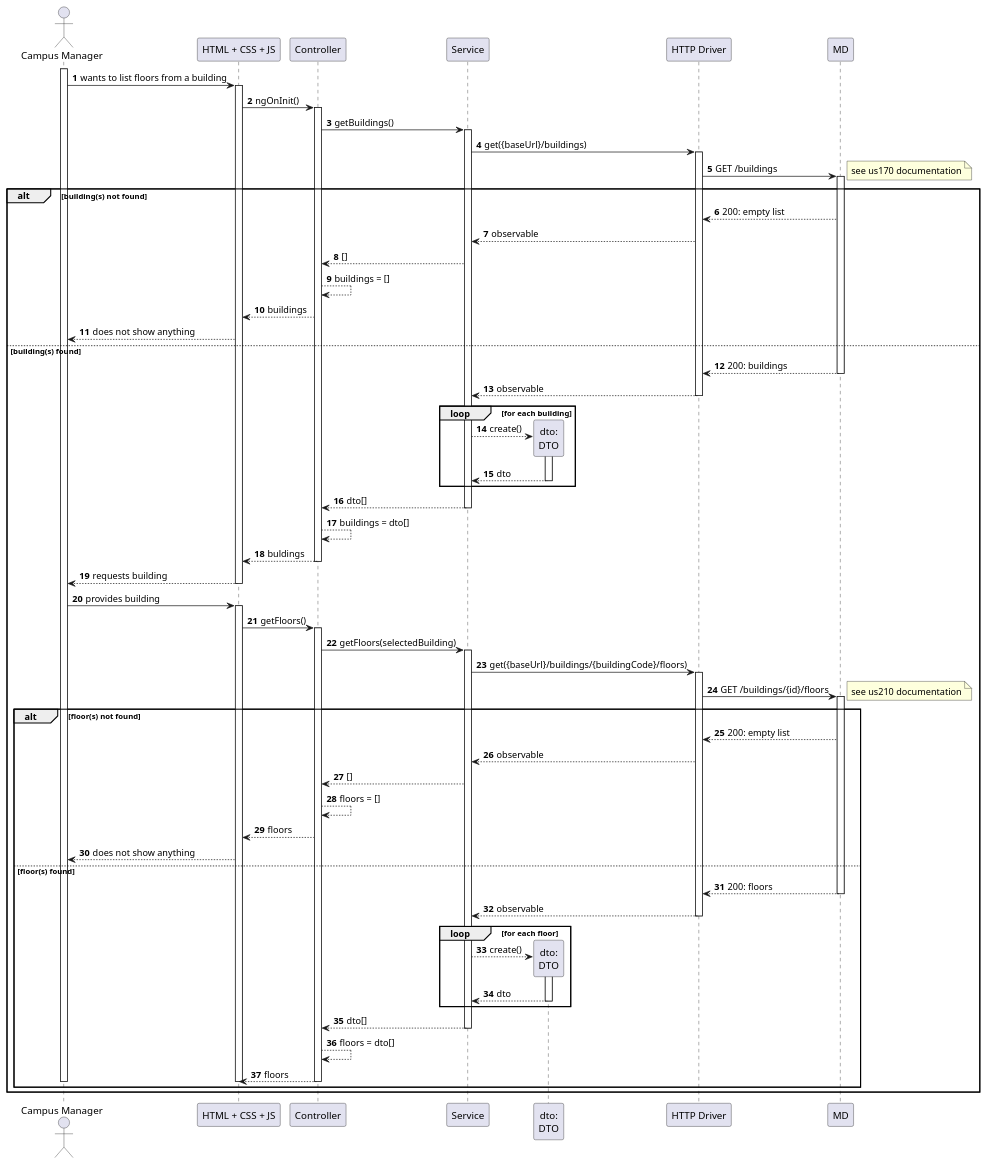
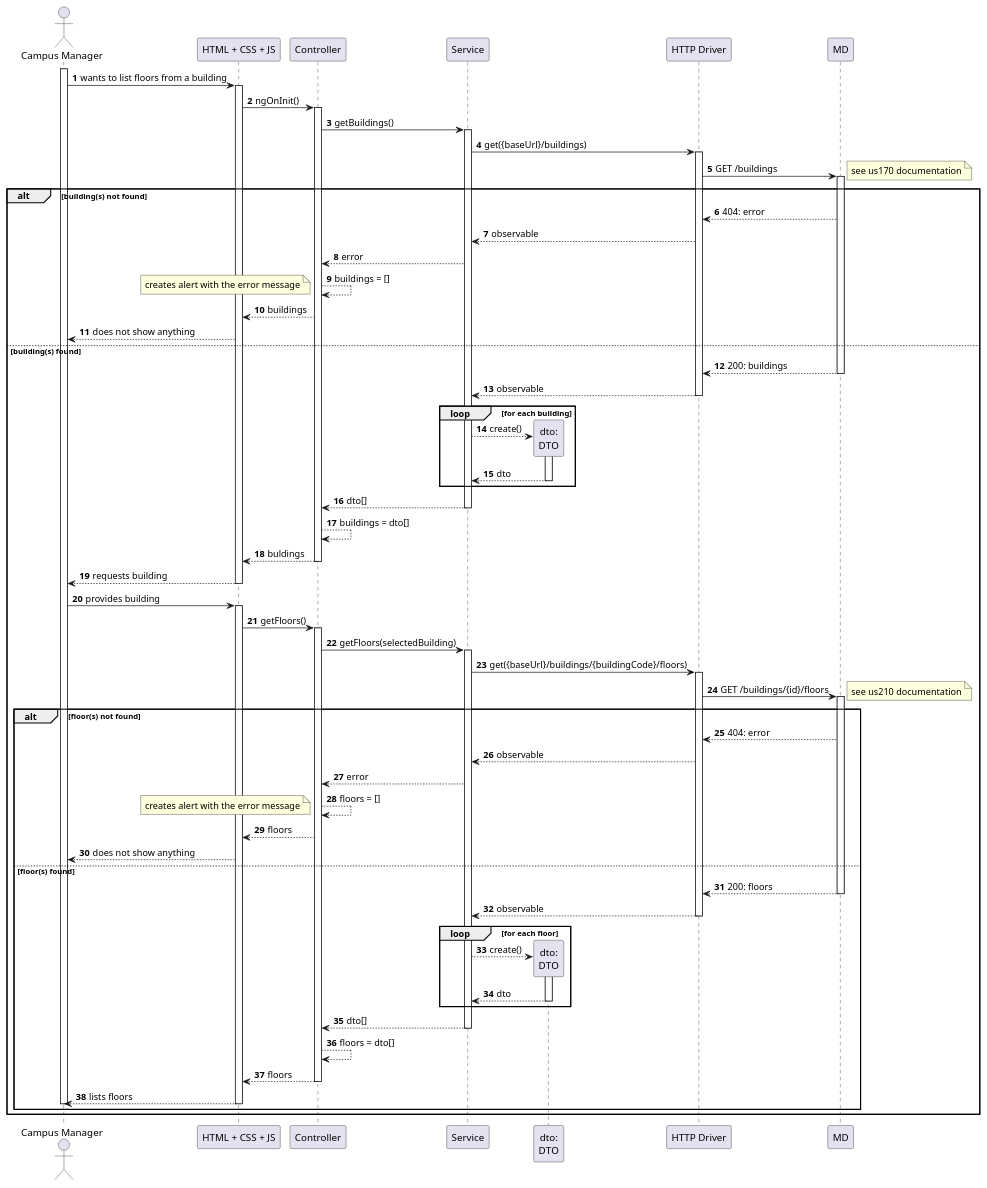
The diagram in docs/us1100/level3/process-view.puml (Departamento-de-Engenharia-Informatica/lapr5-23-24-g19), drawn with PlantUML before and after one commit. The commit also changed 5 other files, not shown here.

```diff
--- a/docs/us1100/level3/process-view.puml
+++ b/docs/us1100/level3/process-view.puml
@@ -1,106 +1,109 @@
 @startuml
 autonumber
 
 actor "Campus Manager" as usr
 
 participant "HTML + CSS + JS" as view
 participant "Controller" as ctrl
 participant "Service" as svc
 participant "dto:\nDTO" as dto
 
 participant "HTTP Driver" as http
 
 participant "MD" as md
 
 activate usr
     usr -> view : wants to list floors from a building
     activate view
         view -> ctrl : ngOnInit()
         activate ctrl
             ctrl -> svc : getBuildings()
             activate svc
                 svc -> http : get({baseUrl}/buildings)
                 activate http
                     http -> md : GET /buildings
                     activate md
                     note right : see us170 documentation
     alt building(s) not found
-                        md --> http : 200: empty list
+                        md --> http : 404: error
                         http --> svc : observable
-                        svc --> ctrl : []
+                        svc --> ctrl : error
                         ctrl --> ctrl : buildings = []
+                        note bottom : creates alert with the error message
                         ctrl --> view : buildings
                         view --> usr : does not show anything
 
     else building(s) found
                         md --> http : 200: buildings
                     deactivate md
 
                     http --> svc : observable
                 deactivate http
 
                 loop for each building
                     svc --> dto** : create()
                     activate dto
                         dto --> svc : dto
                     deactivate dto
                 end
 
                 svc --> ctrl : dto[]
             deactivate svc
             ctrl --> ctrl : buildings = dto[]
             ctrl --> view : buldings
         deactivate ctrl
 
 
 
 
 
         view --> usr : requests building
     deactivate view
 
     usr -> view : provides building
     activate view
         view -> ctrl : getFloors()
         activate ctrl
             ctrl -> svc : getFloors(selectedBuilding)
             activate svc
                 svc -> http : get({baseUrl}/buildings/{buildingCode}/floors)
                 activate http
                     http -> md : GET /buildings/{id}/floors
                     activate md
                     note right : see us210 documentation
     alt floor(s) not found
-                        md --> http : 200: empty list
+                        md --> http : 404: error
                         http --> svc : observable
-                        svc --> ctrl : []
+                        svc --> ctrl : error
                         ctrl --> ctrl : floors = []
+                        note bottom : creates alert with the error message
                         ctrl --> view : floors
                         view --> usr : does not show anything
 
     else floor(s) found
                         md --> http : 200: floors
                     deactivate md
 
                     http --> svc : observable
                 deactivate http
 
                 loop for each floor
                     svc --> dto** : create()
                     activate dto
                         dto --> svc : dto
                     deactivate dto
                 end
 
                 svc --> ctrl : dto[]
             deactivate svc
             ctrl --> ctrl : floors = dto[]
             ctrl --> view : floors
         deactivate ctrl
+        view --> usr : lists floors
     deactivate view
 deactivate usr
 
 end
 end
 
 @enduml
```
